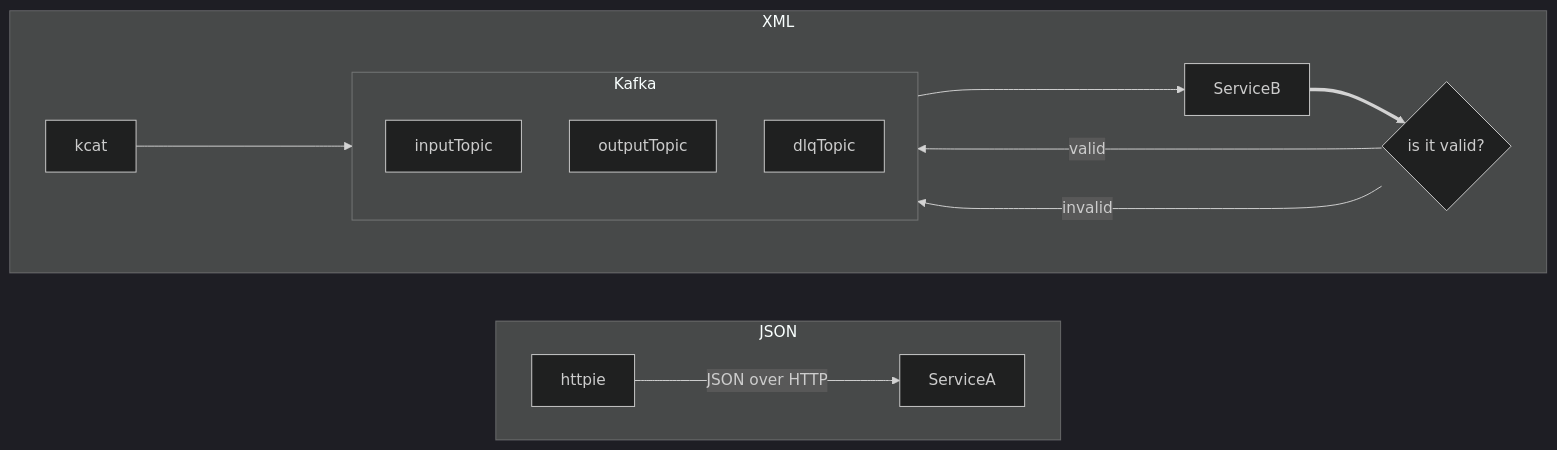
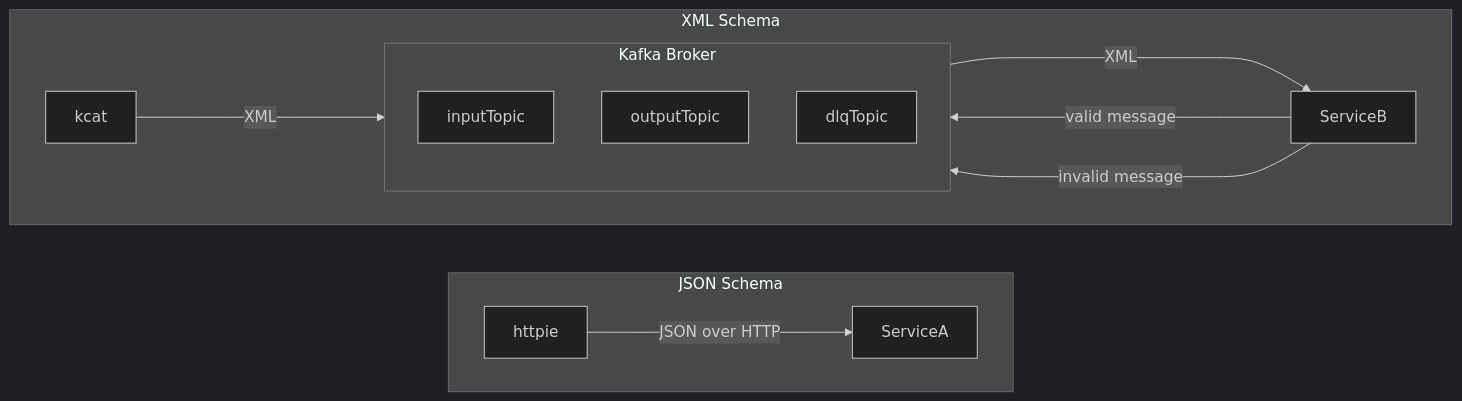
The diagram in README.md (stn1slv/meetup-schema-registry), drawn with Mermaid (dark theme) before and after one commit.

````diff
--- a/README.md
+++ b/README.md
@@ -3,19 +3,19 @@
 ```mermaid
 flowchart LR
-    subgraph JSON
+    subgraph JSON Schema
       direction LR
       httpie--->|JSON over HTTP|ServiceA
     end
-    subgraph XML
+    subgraph XML Schema
       direction LR
-      kcat---->inputTopic---->ServiceB==>isValid{is it valid?}
-      isValid -- valid ----> outputTopic
-      isValid -- invalid --> dlqTopic
-      subgraph Kafka
+      kcat---->|XML|inputTopic---->|XML|ServiceB
+      ServiceB -- valid message ----> outputTopic
+      ServiceB -- invalid message --> dlqTopic
+      subgraph Kafka Broker
         direction TB
         inputTopic
         outputTopic
         dlqTopic
       end
     end
 ```
````
